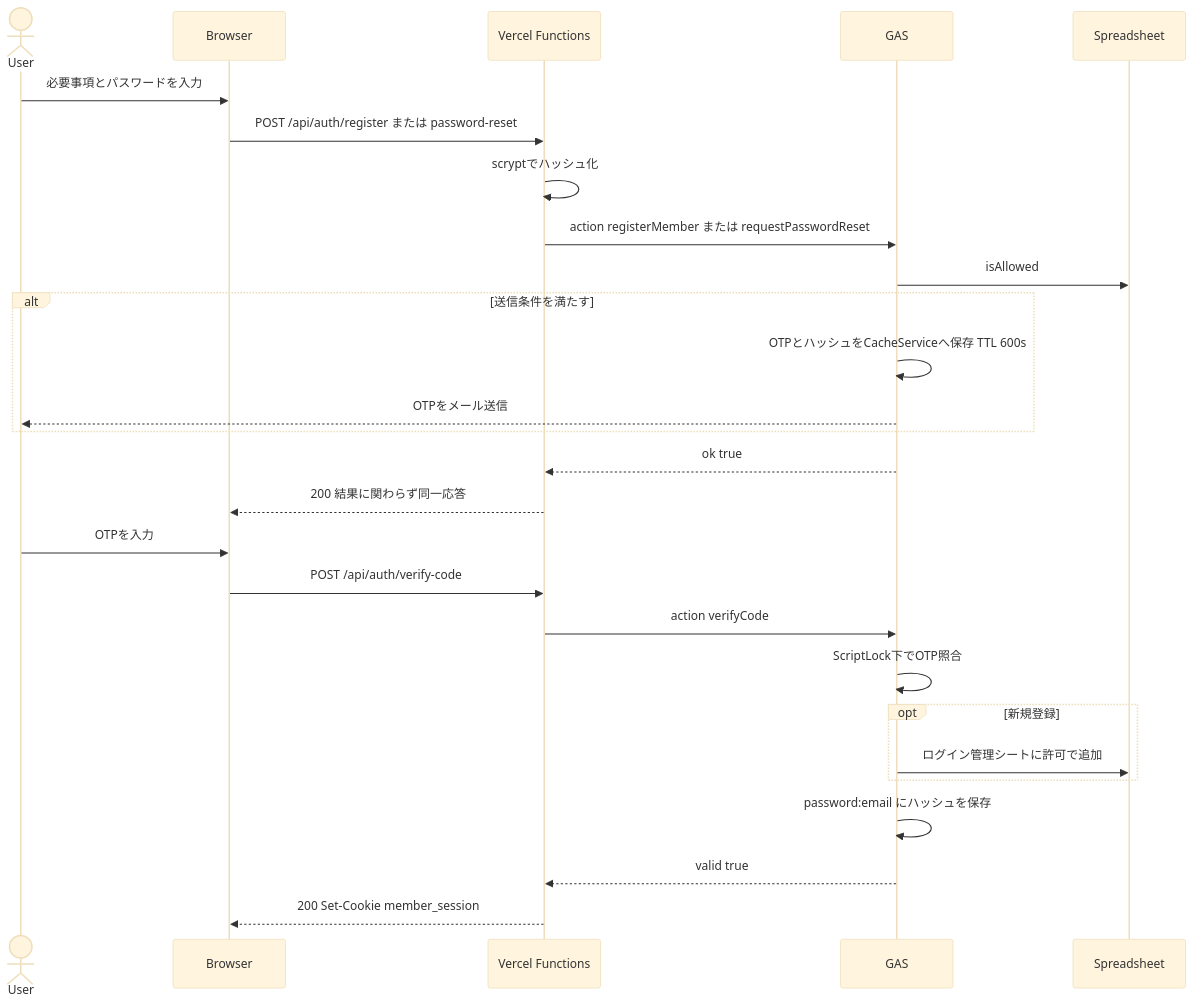
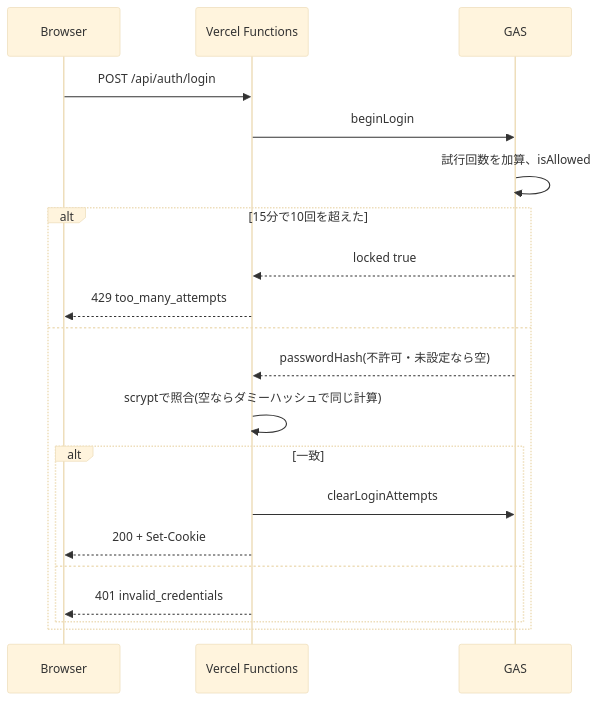
The third of 3 diagrams in アーキテクチャ/エンジニア向け.md (atsusagi111-dot/95s-pride), drawn with Mermaid (base theme) before and after one commit. The commit also changed other lines of this file and 37 other files, not shown here.

````diff
--- a/アーキテクチャ/エンジニア向け.md
+++ b/アーキテクチャ/エンジニア向け.md
@@ -94,31 +130,23 @@
 ```mermaid
 sequenceDiagram
-  actor U as User
   participant B as Browser
   participant F as Vercel Functions
   participant G as GAS
-  participant S as Spreadsheet
 
-  U->>B: 必要事項とパスワードを入力
-  B->>F: POST /api/auth/register または password-reset
-  F->>F: scryptでハッシュ化
-  F->>G: action registerMember または requestPasswordReset
-  G->>S: isAllowed
-  alt 送信条件を満たす
-    G->>G: OTPとハッシュをCacheServiceへ保存 TTL 600s
-    G-->>U: OTPをメール送信
+  B->>F: POST /api/auth/login
+  F->>G: beginLogin
+  G->>G: 試行回数を加算、isAllowed
+  alt 15分で10回を超えた
+    G-->>F: locked true
+    F-->>B: 429 too_many_attempts
+  else
+    G-->>F: passwordHash(不許可・未設定なら空)
+    F->>F: scryptで照合(空ならダミーハッシュで同じ計算)
+    alt 一致
+      F->>G: clearLoginAttempts
+      F-->>B: 200 + Set-Cookie
+    else
+      F-->>B: 401 invalid_credentials
+    end
   end
-  G-->>F: ok true
-  F-->>B: 200 結果に関わらず同一応答
-
-  U->>B: OTPを入力
-  B->>F: POST /api/auth/verify-code
-  F->>G: action verifyCode
-  G->>G: ScriptLock下でOTP照合
-  opt 新規登録
-    G->>S: ログイン管理シートに許可で追加
-  end
-  G->>G: password:email にハッシュを保存
-  G-->>F: valid true
-  F-->>B: 200 Set-Cookie member_session
 ```
````
